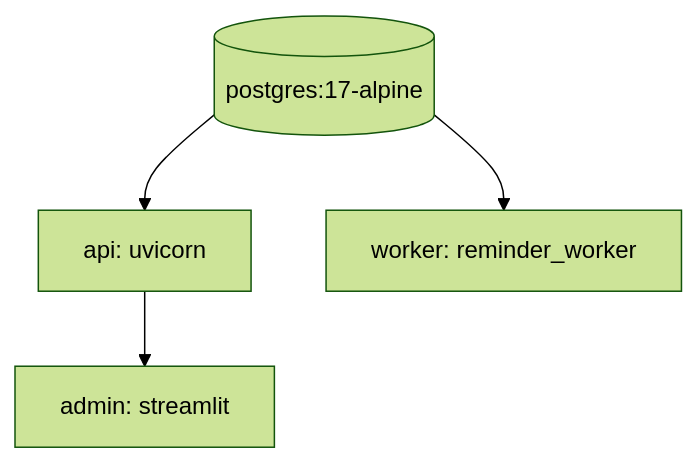
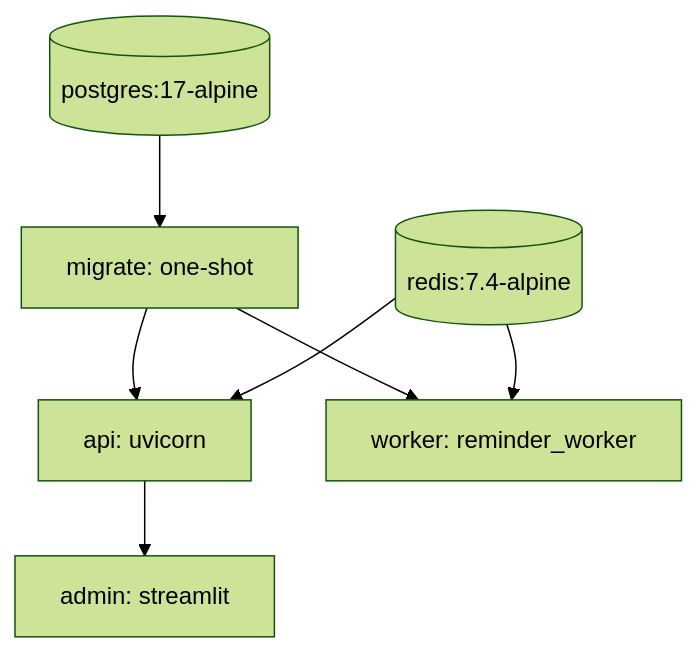
The diagram in docs/obsidian-vault/60-Operations/01-Deploy Docker Compose.md (lucastcor/project_wapp), drawn with Mermaid (forest theme) before and after one commit. The commit also changed other lines of this file and 119 other files, not shown here.

````diff
--- a/docs/obsidian-vault/60-Operations/01-Deploy Docker Compose.md
+++ b/docs/obsidian-vault/60-Operations/01-Deploy Docker Compose.md
@@ -14,10 +14,15 @@
 ```mermaid
 flowchart TB
   Postgres[(postgres:17-alpine)]
+  Redis[(redis:7.4-alpine)]
+  Migrate[migrate: one-shot]
   API[api: uvicorn]
   Worker[worker: reminder_worker]
   Admin[admin: streamlit]
-  Postgres --> API
-  Postgres --> Worker
+  Postgres --> Migrate
+  Migrate --> API
+  Migrate --> Worker
+  Redis --> API
+  Redis --> Worker
   API --> Admin
 ```
````
